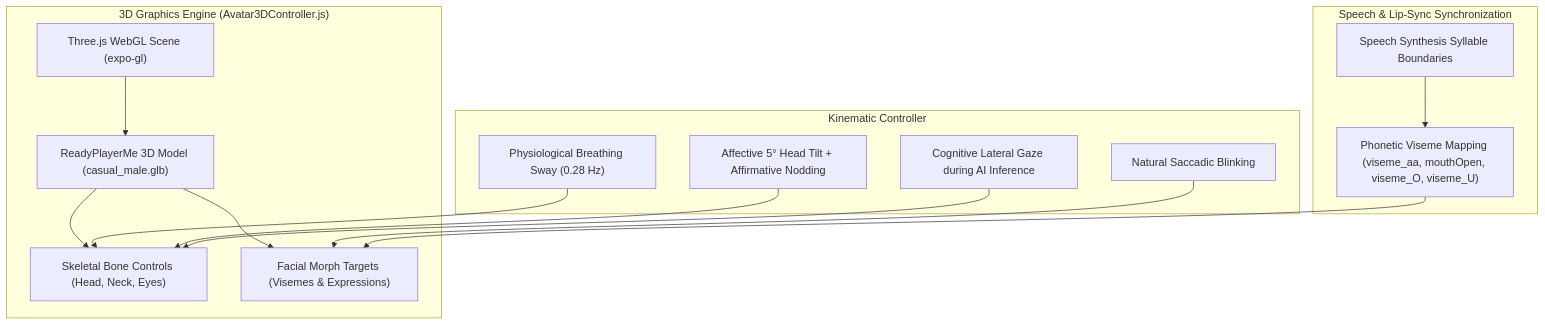
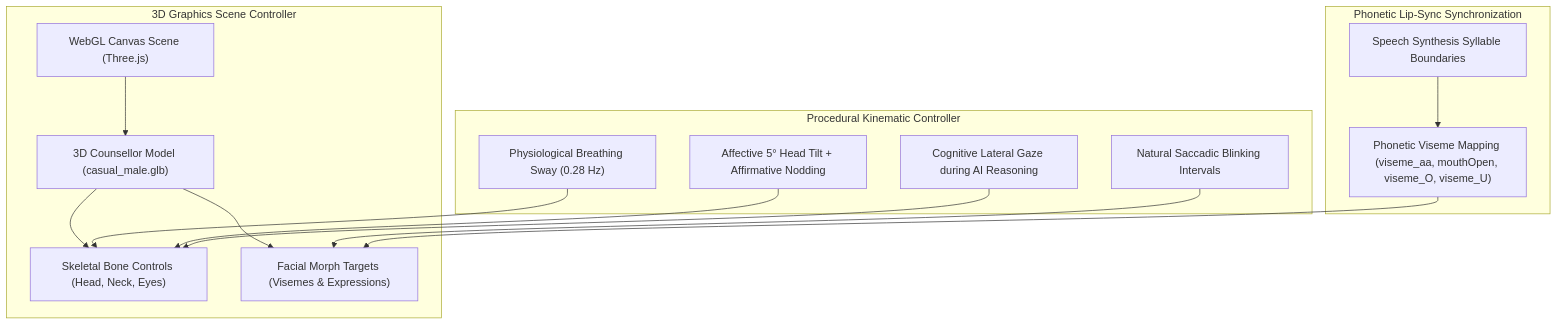
The sixth of 7 diagrams in Mansakha/README.md (Ganga9115/Mansakha), drawn with Mermaid before and after one commit. The commit also changed other lines of this file, not shown here.

Commit message:
docs: present README in pure architectural plan and logic format for evaluators

````diff
--- a/Mansakha/README.md
+++ b/Mansakha/README.md
@@ -278,32 +327,32 @@
 ```mermaid
 graph TD
-    subgraph "3D Graphics Engine (Avatar3DController.js)"
-        ThreeJS["Three.js WebGL Scene (expo-gl)"]
-        GLTF["ReadyPlayerMe 3D Model (casual_male.glb)"]
+    subgraph "3D Graphics Scene Controller"
+        WebGL["WebGL Canvas Scene (Three.js)"]
+        Model["3D Counsellor Model (casual_male.glb)"]
         Bones["Skeletal Bone Controls (Head, Neck, Eyes)"]
         Morphs["Facial Morph Targets (Visemes & Expressions)"]
     end
 
-    subgraph "Kinematic Controller"
+    subgraph "Procedural Kinematic Controller"
         Breathing["Physiological Breathing Sway (0.28 Hz)"]
-        Blinking["Natural Saccadic Blinking"]
+        Blinking["Natural Saccadic Blinking Intervals"]
         EmpathyPose["Affective 5° Head Tilt + Affirmative Nodding"]
-        ThinkingPose["Cognitive Lateral Gaze during AI Inference"]
+        ThinkingPose["Cognitive Lateral Gaze during AI Reasoning"]
     end
 
-    subgraph "Speech & Lip-Sync Synchronization"
+    subgraph "Phonetic Lip-Sync Synchronization"
         TTS["Speech Synthesis Syllable Boundaries"]
         VisemeMap["Phonetic Viseme Mapping (viseme_aa, mouthOpen, viseme_O, viseme_U)"]
     end
 
-    ThreeJS --> GLTF
-    GLTF --> Bones
-    GLTF --> Morphs
+    WebGL --> Model
+    Model --> Bones
+    Model --> Morphs
 
     Breathing --> Bones
     Blinking --> Morphs
     EmpathyPose --> Bones
     ThinkingPose --> Bones
 
     TTS --> VisemeMap --> Morphs
 ```
````
